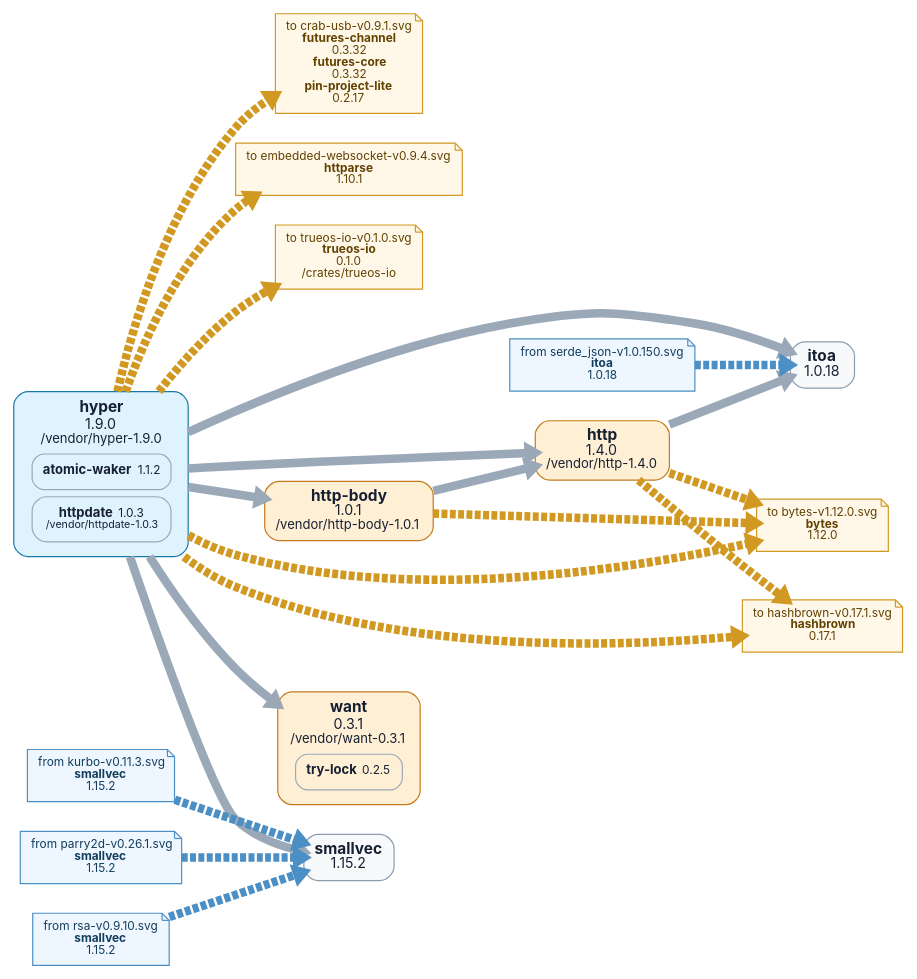
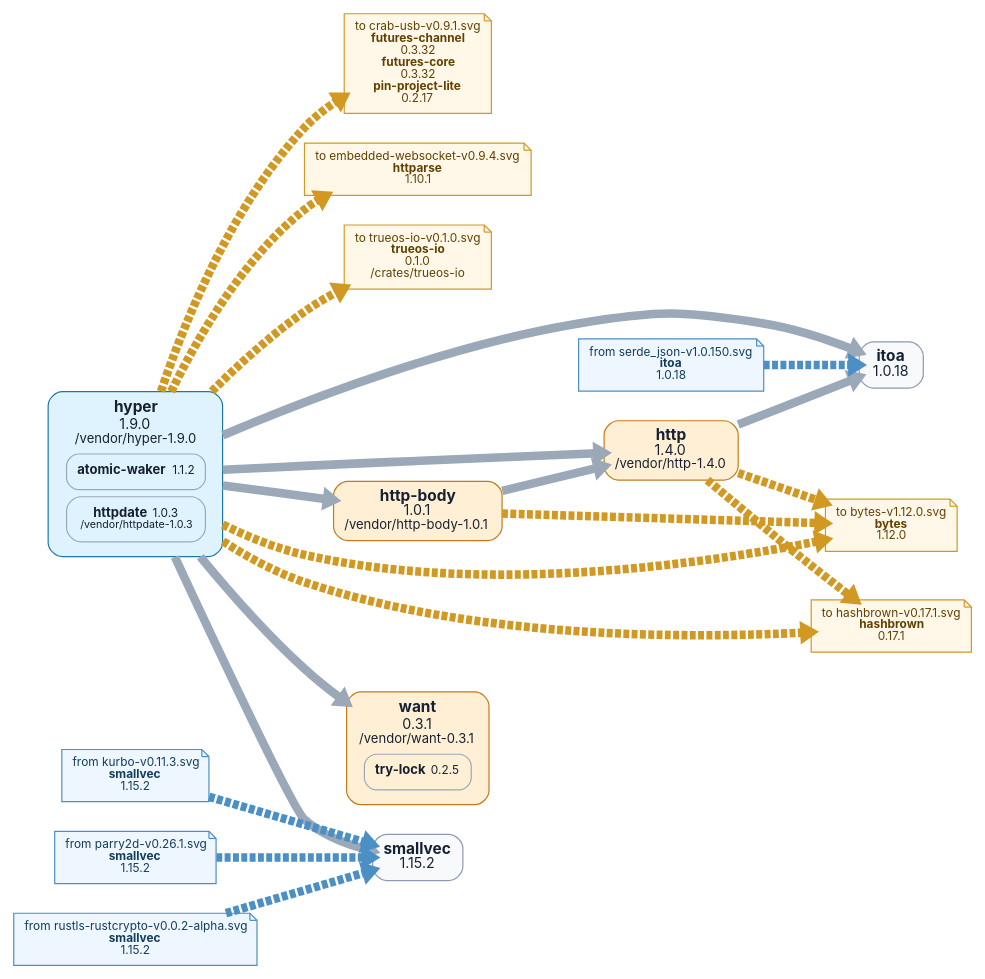
The diagram in tools/depgraph/by-root/hyper-v1.9.0.dot (t4ce/TRUEOS), drawn with Graphviz before and after one commit. The commit also changed 64 other files, not shown here.

```diff
--- a/tools/depgraph/by-root/hyper-v1.9.0.dot
+++ b/tools/depgraph/by-root/hyper-v1.9.0.dot
@@ -1,46 +1,46 @@
 digraph "hyper-v1.9.0" {
   graph [rankdir=LR, bgcolor="white", overlap=false, splines=true, nodesep=0.35, ranksep=0.55];
   node [shape=box, style="rounded,filled", fontname="Inter,Arial", fontsize=10, margin="0.13,0.10", color="#8b9bb0", fillcolor="#f7f9fb", fontcolor="#172033"];
   edge [color="#9aa8b8", arrowsize=0.55, penwidth=7.2];
   n0 [label=<<TABLE BORDER="0" CELLBORDER="0" CELLSPACING="0" CELLPADDING="0"><TR><TD><FONT POINT-SIZE="13"><B>hyper</B></FONT></TD></TR>
 <TR><TD><FONT POINT-SIZE="12">1.9.0</FONT></TD></TR>
 <TR><TD><FONT POINT-SIZE="11">/vendor/hyper-1.9.0</FONT></TD></TR><TR><TD><TABLE BORDER="0" CELLBORDER="0" CELLSPACING="6" CELLPADDING="0"><TR><TD><TABLE BORDER="1" CELLBORDER="0" CELLSPACING="0" CELLPADDING="8" COLOR="#9aa8b8" STYLE="ROUNDED"><TR><TD><FONT POINT-SIZE="11"><B>atomic-waker</B></FONT> <FONT POINT-SIZE="10">1.1.2</FONT></TD></TR></TABLE></TD></TR><TR><TD><TABLE BORDER="1" CELLBORDER="0" CELLSPACING="0" CELLPADDING="8" COLOR="#9aa8b8" STYLE="ROUNDED"><TR><TD><FONT POINT-SIZE="11"><B>httpdate</B></FONT> <FONT POINT-SIZE="10">1.0.3</FONT><BR/><FONT POINT-SIZE="9">/vendor/httpdate-1.0.3</FONT></TD></TR></TABLE></TD></TR></TABLE></TD></TR></TABLE>>, fillcolor="#dff3ff", color="#1b78a6"];
   n1 [label=<<FONT POINT-SIZE="13"><B>http</B></FONT><BR/><FONT POINT-SIZE="12">1.4.0</FONT><BR/><FONT POINT-SIZE="11">/vendor/http-1.4.0</FONT>>, fillcolor="#fff0d5", color="#c47a1a"];
   n2 [label=<<FONT POINT-SIZE="13"><B>http-body</B></FONT><BR/><FONT POINT-SIZE="12">1.0.1</FONT><BR/><FONT POINT-SIZE="11">/vendor/http-body-1.0.1</FONT>>, fillcolor="#fff0d5", color="#c47a1a"];
   n3 [label=<<FONT POINT-SIZE="13"><B>itoa</B></FONT><BR/><FONT POINT-SIZE="12">1.0.18</FONT>>, fillcolor="#f7f9fb", color="#8b9bb0"];
   n4 [label=<<FONT POINT-SIZE="13"><B>smallvec</B></FONT><BR/><FONT POINT-SIZE="12">1.15.2</FONT>>, fillcolor="#f7f9fb", color="#8b9bb0"];
   n5 [label=<<TABLE BORDER="0" CELLBORDER="0" CELLSPACING="0" CELLPADDING="0"><TR><TD><FONT POINT-SIZE="13"><B>want</B></FONT></TD></TR>
 <TR><TD><FONT POINT-SIZE="12">0.3.1</FONT></TD></TR>
 <TR><TD><FONT POINT-SIZE="11">/vendor/want-0.3.1</FONT></TD></TR><TR><TD><TABLE BORDER="0" CELLBORDER="0" CELLSPACING="6" CELLPADDING="0"><TR><TD><TABLE BORDER="1" CELLBORDER="0" CELLSPACING="0" CELLPADDING="8" COLOR="#9aa8b8" STYLE="ROUNDED"><TR><TD><FONT POINT-SIZE="11"><B>try-lock</B></FONT> <FONT POINT-SIZE="10">0.2.5</FONT></TD></TR></TABLE></TD></TR></TABLE></TD></TR></TABLE>>, fillcolor="#fff0d5", color="#c47a1a"];
   n1 -> n3;
   n2 -> n1;
   n0 -> n1;
   n0 -> n2;
   n0 -> n3;
   n0 -> n4;
   n0 -> n5;
   out0 [label=<to bytes-v1.12.0.svg<BR/><B>bytes</B><BR/>1.12.0>, shape=note, style="filled", fillcolor="#fff8e8", color="#d19922", fontcolor="#614000"];
   n1 -> out0 [style=dashed, color="#d19922"];
   n2 -> out0 [style=dashed, color="#d19922"];
   n0 -> out0 [style=dashed, color="#d19922"];
   out1 [label=<to crab-usb-v0.9.1.svg<BR/><B>futures-channel</B><BR/>0.3.32<BR/><B>futures-core</B><BR/>0.3.32<BR/><B>pin-project-lite</B><BR/>0.2.17>, shape=note, style="filled", fillcolor="#fff8e8", color="#d19922", fontcolor="#614000"];
   n0 -> out1 [style=dashed, color="#d19922"];
   out2 [label=<to embedded-websocket-v0.9.4.svg<BR/><B>httparse</B><BR/>1.10.1>, shape=note, style="filled", fillcolor="#fff8e8", color="#d19922", fontcolor="#614000"];
   n0 -> out2 [style=dashed, color="#d19922"];
   out3 [label=<to hashbrown-v0.17.1.svg<BR/><B>hashbrown</B><BR/>0.17.1>, shape=note, style="filled", fillcolor="#fff8e8", color="#d19922", fontcolor="#614000"];
   n1 -> out3 [style=dashed, color="#d19922"];
   n0 -> out3 [style=dashed, color="#d19922"];
   out4 [label=<to trueos-io-v0.1.0.svg<BR/><B>trueos-io</B><BR/>0.1.0<BR/>/crates/trueos-io>, shape=note, style="filled", fillcolor="#fff8e8", color="#d19922", fontcolor="#614000"];
   n0 -> out4 [style=dashed, color="#d19922"];
   in5 [label=<from kurbo-v0.11.3.svg<BR/><B>smallvec</B><BR/>1.15.2>, shape=note, style="filled", fillcolor="#eef6ff", color="#4b8fc5", fontcolor="#123d5c"];
   in5 -> n4 [style=dashed, color="#4b8fc5"];
   in6 [label=<from parry2d-v0.26.1.svg<BR/><B>smallvec</B><BR/>1.15.2>, shape=note, style="filled", fillcolor="#eef6ff", color="#4b8fc5", fontcolor="#123d5c"];
   in6 -> n4 [style=dashed, color="#4b8fc5"];
-  in7 [label=<from rsa-v0.9.10.svg<BR/><B>smallvec</B><BR/>1.15.2>, shape=note, style="filled", fillcolor="#eef6ff", color="#4b8fc5", fontcolor="#123d5c"];
+  in7 [label=<from rustls-rustcrypto-v0.0.2-alpha.svg<BR/><B>smallvec</B><BR/>1.15.2>, shape=note, style="filled", fillcolor="#eef6ff", color="#4b8fc5", fontcolor="#123d5c"];
   in7 -> n4 [style=dashed, color="#4b8fc5"];
   in8 [label=<from serde_json-v1.0.150.svg<BR/><B>itoa</B><BR/>1.0.18>, shape=note, style="filled", fillcolor="#eef6ff", color="#4b8fc5", fontcolor="#123d5c"];
   in8 -> n3 [style=dashed, color="#4b8fc5"];
   // collapsed leaf ends: 3
   // centered two-input leaves: 0
   // nested two-input leaves: 0
 }
```
